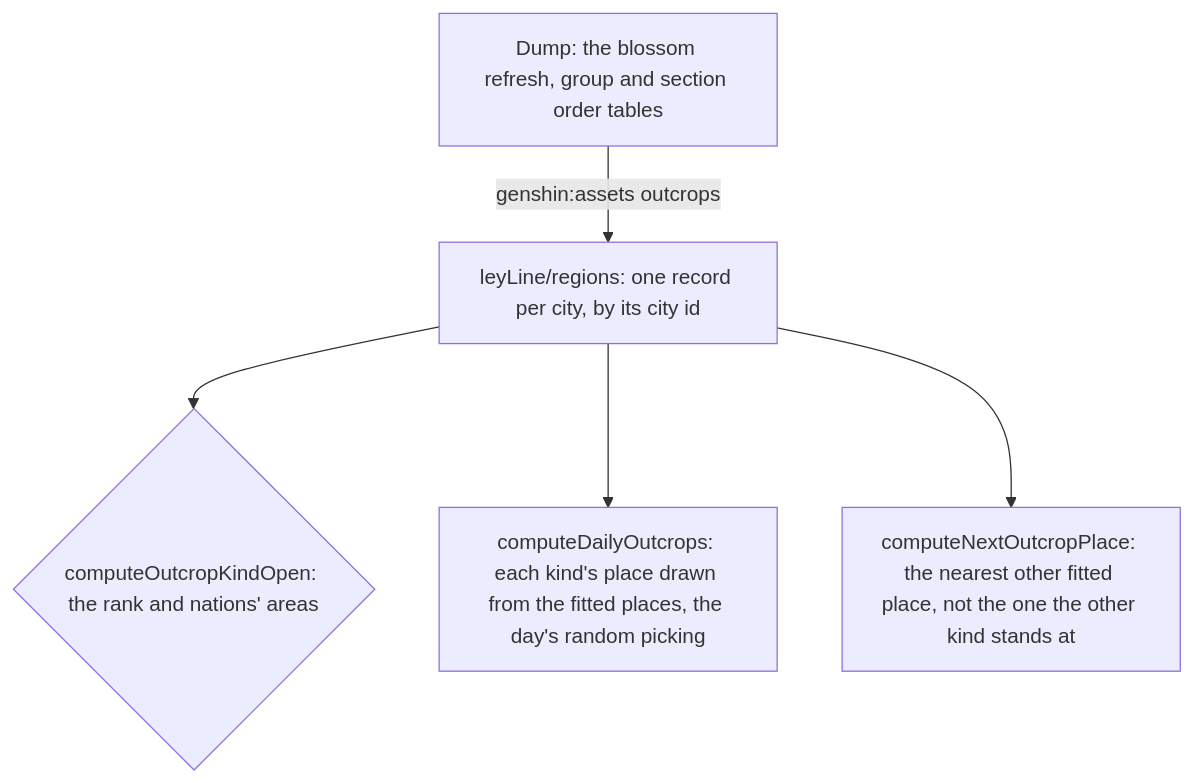
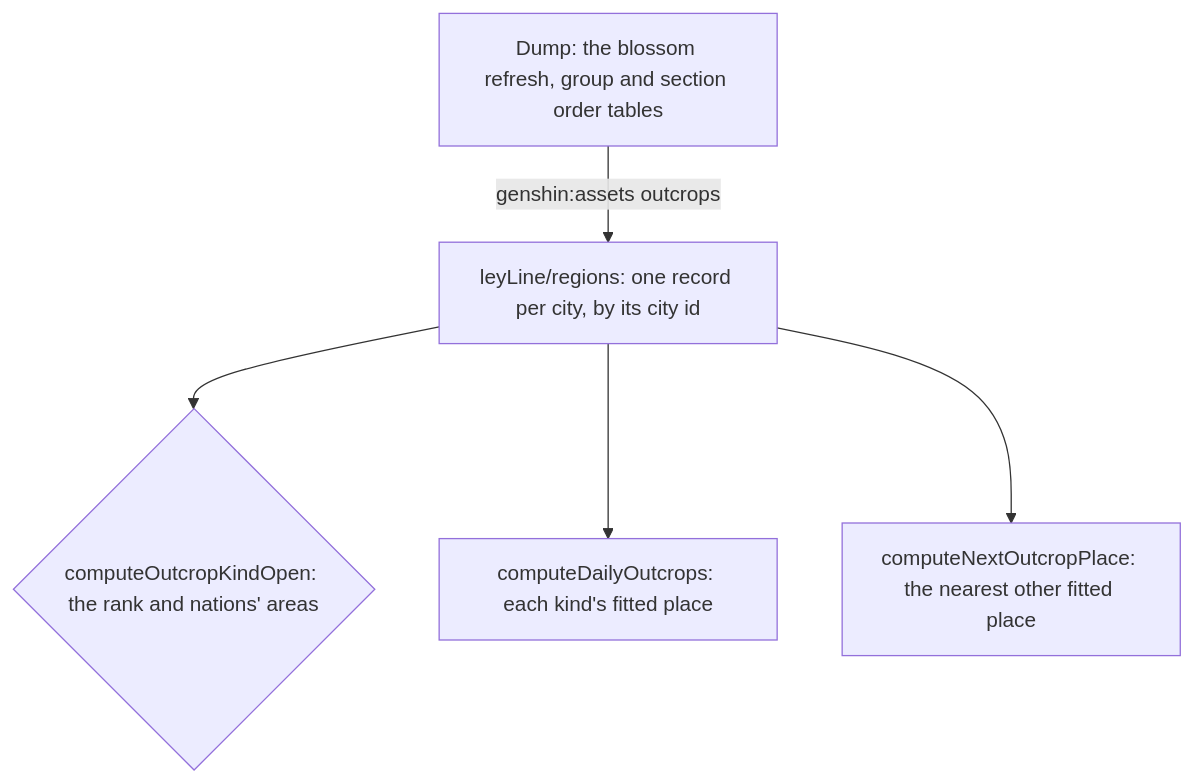
The diagram in openspec/specs/genshin/ley-line-outcrops/design.md (Esposter/Esposter), drawn with Mermaid before and after one commit. The commit also changed 6 other files, not shown here.

First line of the commit message:
docs(openspec): the diagram labels name a procedure and one qualifier

````diff
--- a/openspec/specs/genshin/ley-line-outcrops/design.md
+++ b/openspec/specs/genshin/ley-line-outcrops/design.md
@@ -7,7 +7,7 @@
 ```mermaid
 flowchart TD
   D["Dump: the blossom refresh, group and section order tables"] -->|"genshin:assets outcrops"| R["leyLine/regions: one record per city, by its city id"]
   R --> O{"computeOutcropKindOpen: the rank and nations' areas"}
-  R --> S["computeDailyOutcrops: each kind's place drawn from the fitted places, the day's random picking"]
-  R --> N["computeNextOutcropPlace: the nearest other fitted place, not the one the other kind stands at"]
+  R --> S["computeDailyOutcrops: each kind's fitted place"]
+  R --> N["computeNextOutcropPlace: the nearest other fitted place"]
 ```
````
